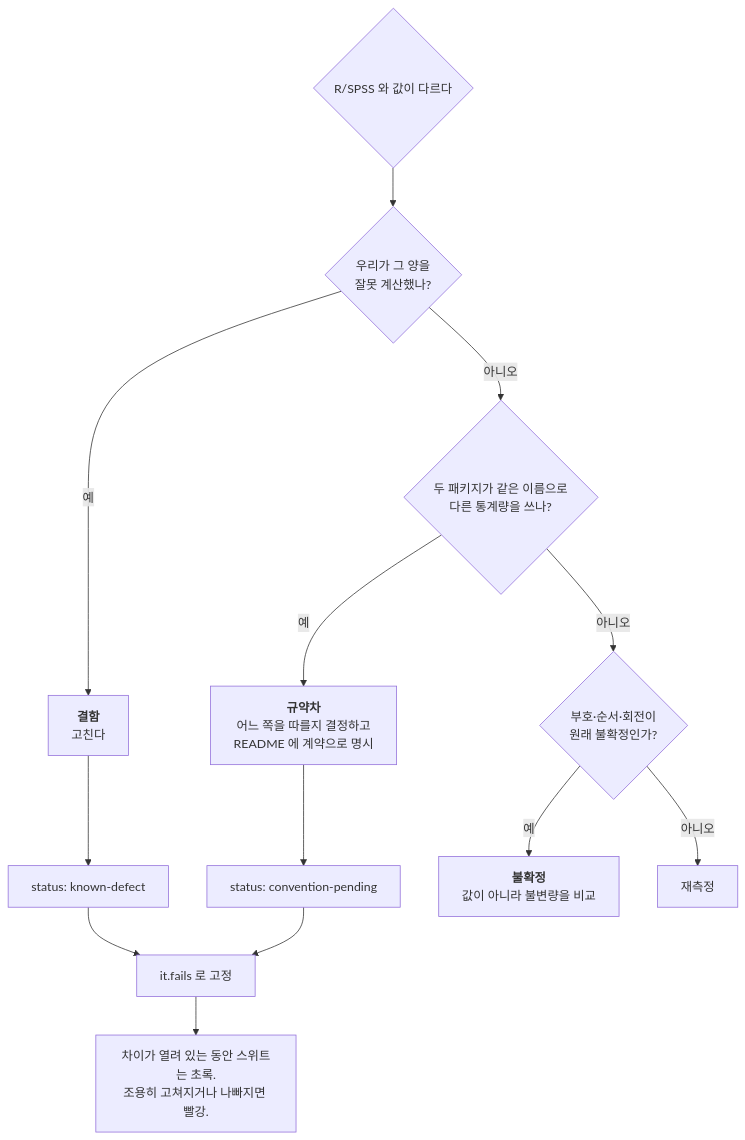
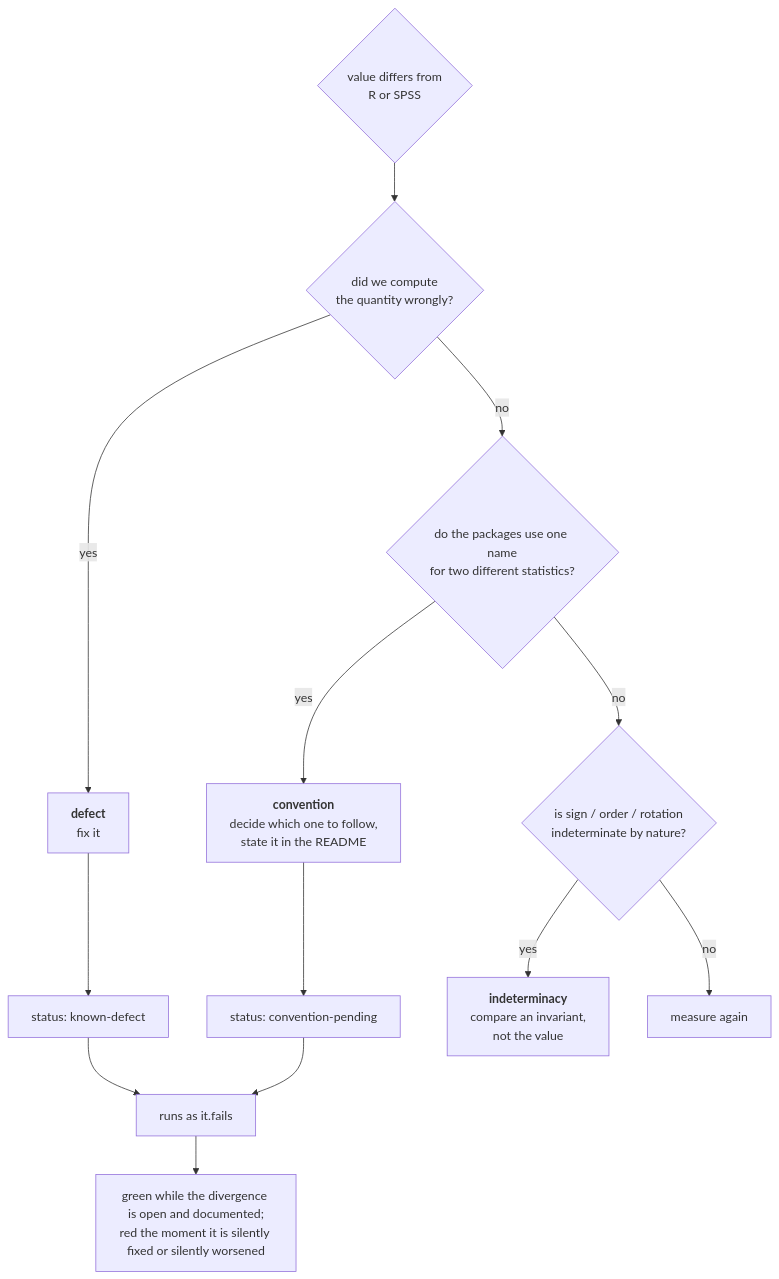
Before and after one commit to WinM2M/inferential-stats-js: the second of 4 diagrams in docs/validation/report-2026-10-06-r-crosscheck.md, drawn with Mermaid. The commit also changed other lines of this file and 20 other files, not shown here.

````diff
--- a/docs/validation/report-2026-10-06-r-crosscheck.md
+++ b/docs/validation/report-2026-10-06-r-crosscheck.md
@@ -101,16 +133,16 @@
 ```mermaid
 flowchart TD
-    D{"R/SPSS 와 값이 다르다"} --> Q1{"우리가 그 양을<br/>잘못 계산했나?"}
-    Q1 -->|예| DEF["<b>결함</b><br/>고친다"]
-    Q1 -->|아니오| Q2{"두 패키지가 같은 이름으로<br/>다른 통계량을 쓰나?"}
-    Q2 -->|예| CNV["<b>규약차</b><br/>어느 쪽을 따를지 결정하고<br/>README 에 계약으로 명시"]
-    Q2 -->|아니오| Q3{"부호·순서·회전이<br/>원래 불확정인가?"}
-    Q3 -->|예| IND["<b>불확정</b><br/>값이 아니라 불변량을 비교"]
-    Q3 -->|아니오| REC["재측정"]
+    D{"value differs from<br/>R or SPSS"} --> Q1{"did we compute<br/>the quantity wrongly?"}
+    Q1 -->|yes| DEF["<b>defect</b><br/>fix it"]
+    Q1 -->|no| Q2{"do the packages use one name<br/>for two different statistics?"}
+    Q2 -->|yes| CNV["<b>convention</b><br/>decide which one to follow,<br/>state it in the README"]
+    Q2 -->|no| Q3{"is sign / order / rotation<br/>indeterminate by nature?"}
+    Q3 -->|yes| IND["<b>indeterminacy</b><br/>compare an invariant,<br/>not the value"]
+    Q3 -->|no| REC["measure again"]
 
     DEF --> S1["status: known-defect"]
     CNV --> S2["status: convention-pending"]
-    S1 --> F["it.fails 로 고정"]
+    S1 --> F["runs as it.fails"]
     S2 --> F
-    F --> G["차이가 열려 있는 동안 스위트는 초록.<br/>조용히 고쳐지거나 나빠지면 빨강."]
+    F --> G["green while the divergence is open and documented;<br/>red the moment it is silently fixed or silently worsened"]
 ```
````
